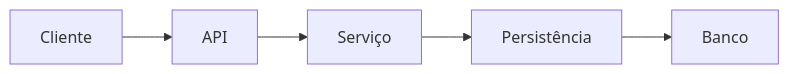
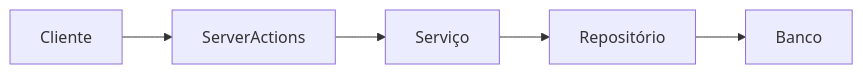
The second of 6 diagrams in .qoder/repowiki/pt/content/Módulos de Funcionalidade/Assistentes.md (SinesysTech/zattar-os), drawn with Mermaid before and after one commit. The commit also changed other lines of this file and 14 other files, not shown here.

First line of the commit message:
feat(assistentes): atualizar arquitetura para server actions e padrão repository

````diff
--- a/.qoder/repowiki/pt/content/Módulos de Funcionalidade/Assistentes.md
+++ b/.qoder/repowiki/pt/content/Módulos de Funcionalidade/Assistentes.md
@@ -67,7 +77,7 @@
 ```mermaid
 graph LR
-Cliente --> API
-API --> Serviço
-Serviço --> Persistência
-Persistência --> Banco
+Cliente --> ServerActions
+ServerActions --> Serviço
+Serviço --> Repositório
+Repositório --> Banco
 ```
````
